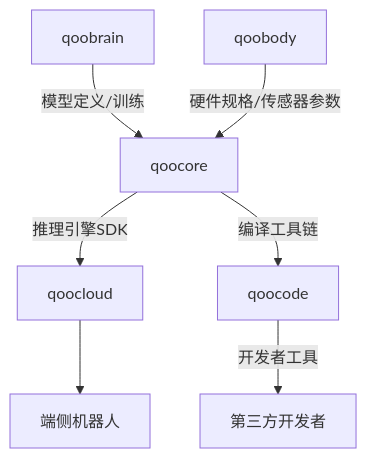
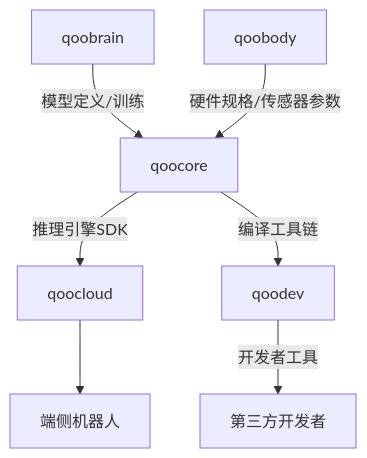
Before and after one commit to qoobots/qoobot: the diagram in qoocore/docs/02架构设计.md, drawn with Mermaid. The commit also changed other lines of this file and 187 other files, not shown here.

Commit message:
refactor: rename qoocode to qoodev

````diff
--- a/qoocore/docs/02架构设计.md
+++ b/qoocore/docs/02架构设计.md
@@ -524,9 +524,9 @@
 ```mermaid
 graph TD
     A[qoobrain] -->|模型定义/训练| C[qoocore]
     B[qoobody] -->|硬件规格/传感器参数| C
     C -->|推理引擎SDK| D[qoocloud]
-    C -->|编译工具链| E[qoocode]
+    C -->|编译工具链| E[qoodev]
     D --> F[端侧机器人]
     E -->|开发者工具| G[第三方开发者]
 ```
````
